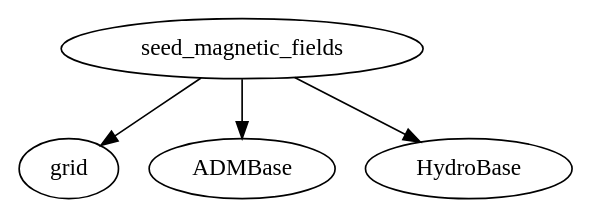
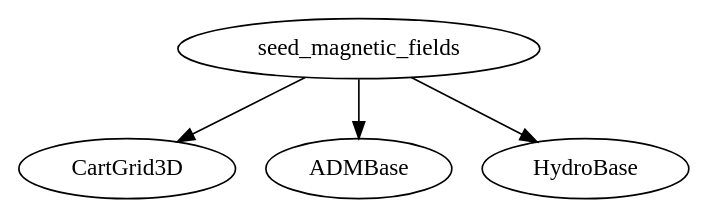
The fifth of 8 diagrams in note/Guide/InitialData.rst (YuLiumt/Cactus), drawn with Graphviz before and after one commit. The commit also changed other lines of this file and 91 other files, not shown here.

```diff
--- a/note/Guide/InitialData.rst
+++ b/note/Guide/InitialData.rst
@@ -212,5 +212,5 @@
 .. digraph:: foo
 
-    "seed_magnetic_fields" -> "grid"
+    "seed_magnetic_fields" -> "CartGrid3D"
     "seed_magnetic_fields" -> "ADMBase";
     "seed_magnetic_fields" -> "HydroBase";
```
